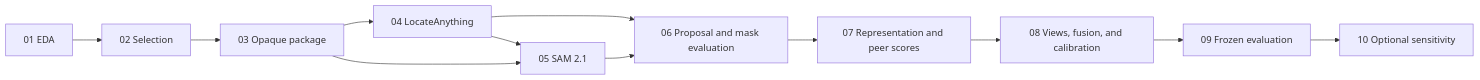
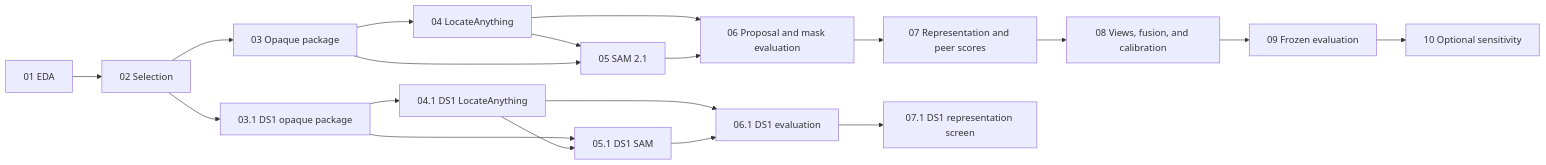
Before and after one commit to Industry-Project-UTS/visual-peer-inspector: the diagram in notebooks/README.md, drawn with Mermaid. The commit also changed other lines of this file and 79 other files, not shown here.

````diff
--- a/notebooks/README.md
+++ b/notebooks/README.md
@@ -29,14 +33,21 @@
 ```mermaid
 flowchart LR
     N1["01 EDA"] --> N2["02 Selection"]
     N2 --> N3["03 Opaque package"]
     N3 --> N4["04 LocateAnything"]
     N4 --> N5["05 SAM 2.1"]
     N3 --> N5
     N4 --> N6["06 Proposal and mask evaluation"]
     N5 --> N6
     N6 --> N7["07 Representation and peer scores"]
     N7 --> N8["08 Views, fusion, and calibration"]
     N8 --> N9["09 Frozen evaluation"]
     N9 --> N10["10 Optional sensitivity"]
+    N2 --> N31["03.1 DS1 opaque package"]
+    N31 --> N41["04.1 DS1 LocateAnything"]
+    N31 --> N51["05.1 DS1 SAM"]
+    N41 --> N51
+    N41 --> N61["06.1 DS1 evaluation"]
+    N51 --> N61
+    N61 --> N71["07.1 DS1 representation screen"]
 ```
````
